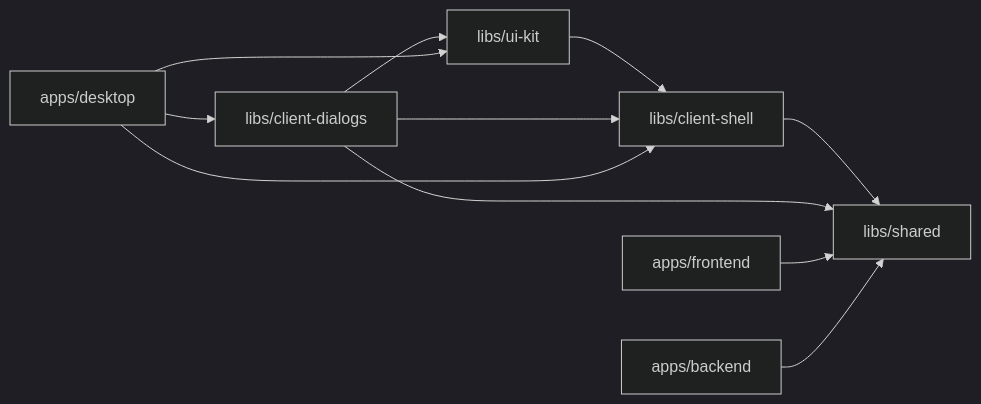
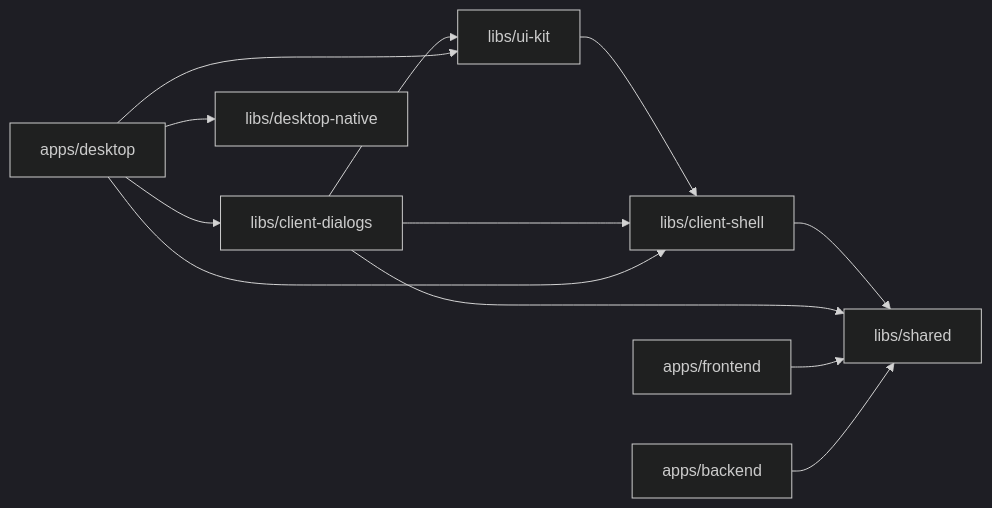
One commit to Quenary/konvoez changed the diagram in docs/CONTRIBUTING.md. Above: the diagram before and after it, drawn with Mermaid (dark theme). The commit also changed other lines of this file and 4 other files, not shown here.

Commit message:
docs(desktop): native module

````diff
--- a/docs/CONTRIBUTING.md
+++ b/docs/CONTRIBUTING.md
@@ -23,21 +24,23 @@
 ```mermaid
 flowchart LR
   shared[libs/shared]
   shell[libs/client-shell]
   kit[libs/ui-kit]
   dialogs[libs/client-dialogs]
+  native[libs/desktop-native]
   frontend[apps/frontend]
   backend[apps/backend]
   desktop[apps/desktop]
 
   shell --> shared
   kit --> shell
   dialogs --> shell
   dialogs --> kit
   dialogs --> shared
   frontend --> shared
   backend --> shared
   desktop --> dialogs
   desktop --> shell
   desktop --> kit
+  desktop --> native
 ```
````
